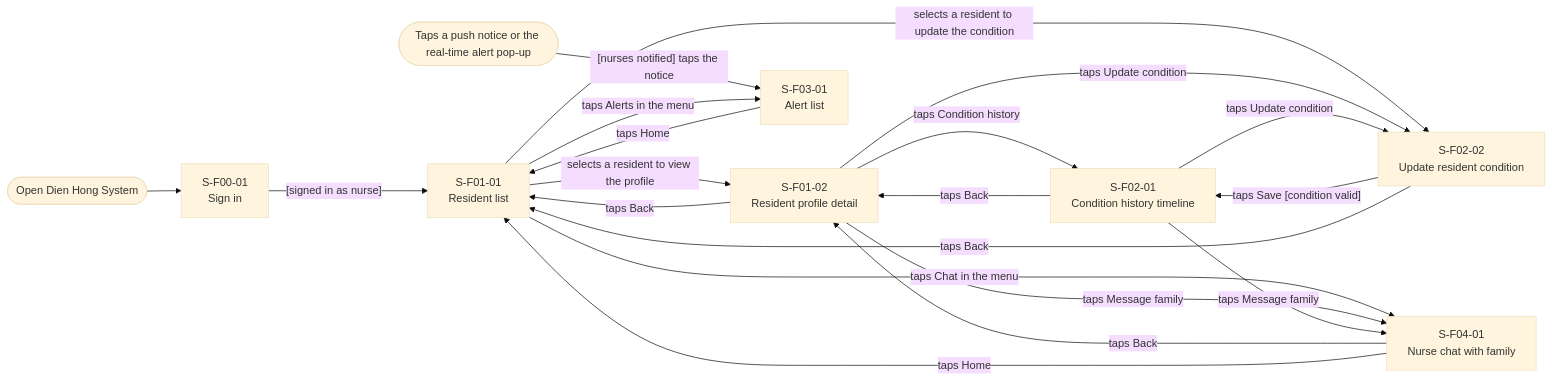
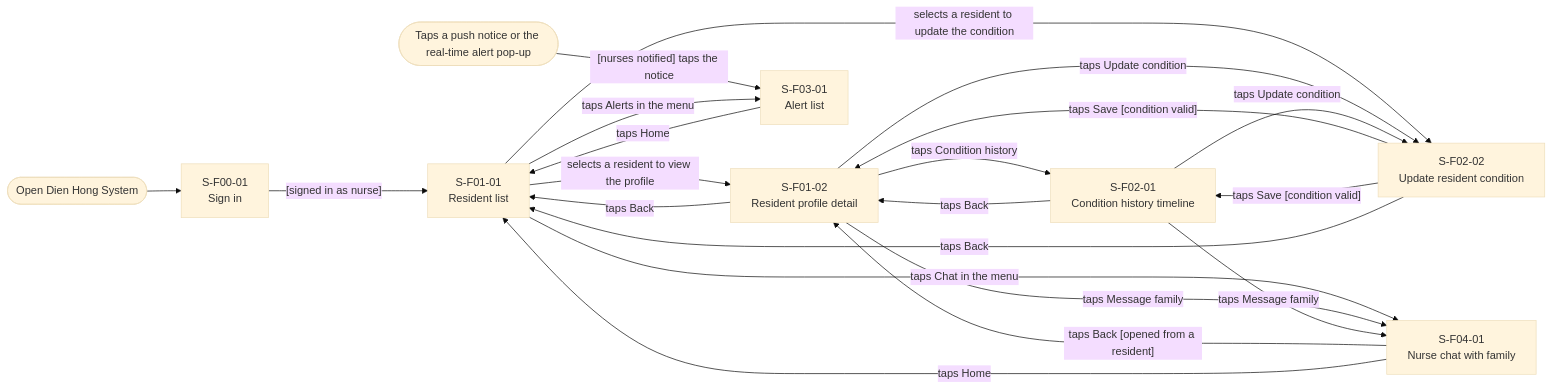
Before and after one commit to hatrang191/groupE-nursinghome: the second of 5 diagrams in docs/external-design/screen-transition.md, drawn with Mermaid (base theme). The commit also changed other lines of this file, not shown here.

````diff
--- a/docs/external-design/screen-transition.md
+++ b/docs/external-design/screen-transition.md
@@ -26,31 +26,32 @@
 ```mermaid
 flowchart LR
   entry(["Open Dien Hong System"])
   alert(["Taps a push notice or the real-time alert pop-up"])
   S00_01["S-F00-01<br>Sign in"]
   S01_01["S-F01-01<br>Resident list"]
   S01_02["S-F01-02<br>Resident profile detail"]
   S02_01["S-F02-01<br>Condition history timeline"]
   S02_02["S-F02-02<br>Update resident condition"]
   S03_01["S-F03-01<br>Alert list"]
   S04_01["S-F04-01<br>Nurse chat with family"]
   entry --> S00_01
   S00_01 -->|"[signed in as nurse]"| S01_01
   alert -->|"[nurses notified] taps the notice"| S03_01
   S01_01 -->|"selects a resident to view the profile"| S01_02
   S01_01 -->|"selects a resident to update the condition"| S02_02
   S01_01 -->|"taps Alerts in the menu"| S03_01
   S01_01 -->|"taps Chat in the menu"| S04_01
   S01_02 -->|"taps Condition history"| S02_01
   S01_02 -->|"taps Update condition"| S02_02
   S01_02 -->|"taps Message family"| S04_01
   S01_02 -->|"taps Back"| S01_01
   S02_01 -->|"taps Update condition"| S02_02
   S02_01 -->|"taps Message family"| S04_01
   S02_01 -->|"taps Back"| S01_02
+  S02_02 -->|"taps Save [condition valid]"| S01_02
   S02_02 -->|"taps Save [condition valid]"| S02_01
   S02_02 -->|"taps Back"| S01_01
   S03_01 -->|"taps Home"| S01_01
-  S04_01 -->|"taps Back"| S01_02
+  S04_01 -->|"taps Back [opened from a resident]"| S01_02
   S04_01 -->|"taps Home"| S01_01
 ```
````
